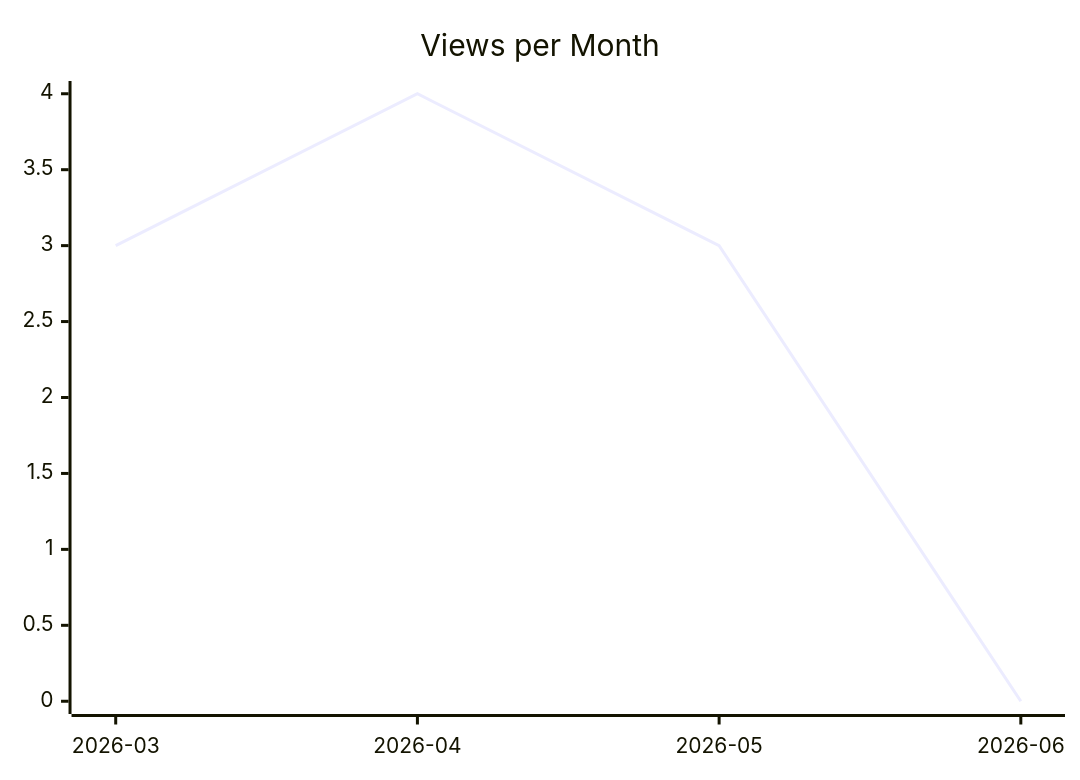
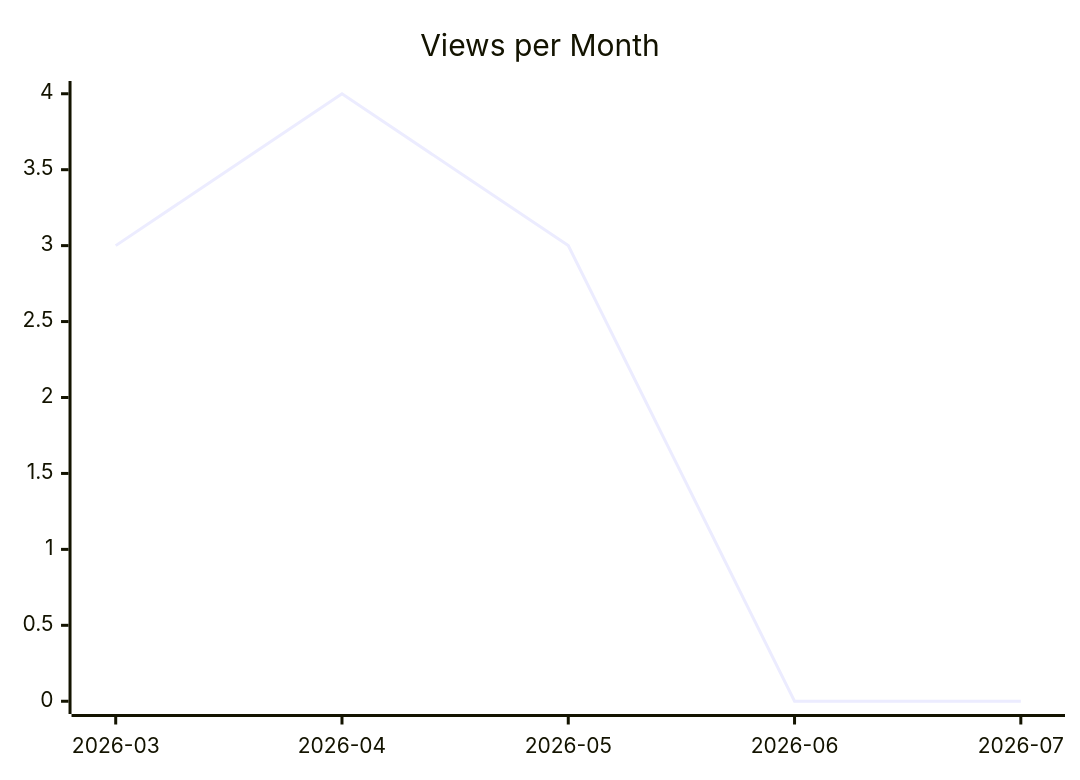
The second of 3 diagrams in karlmdavis/kxml2/README.md (justdavis-family/github-analytics-data), drawn with Mermaid before and after one commit. The commit also changed other lines of this file and 199 other files, not shown here.

````diff
--- a/karlmdavis/kxml2/README.md
+++ b/karlmdavis/kxml2/README.md
@@ -12,6 +12,6 @@
 ```mermaid
 xychart-beta
   title "Views per Month"
-  x-axis ["2026-03", "2026-04", "2026-05", "2026-06"]
-  line [3, 4, 3, 0]
+  x-axis ["2026-03", "2026-04", "2026-05", "2026-06", "2026-07"]
+  line [3, 4, 3, 0, 0]
 ```
````
